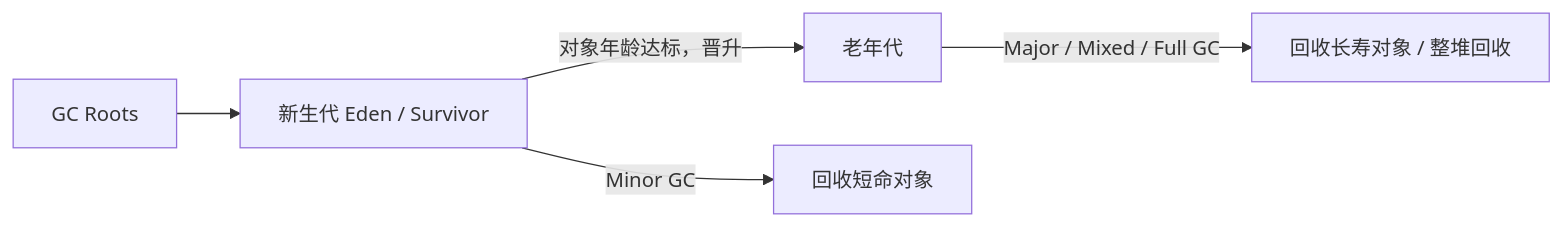
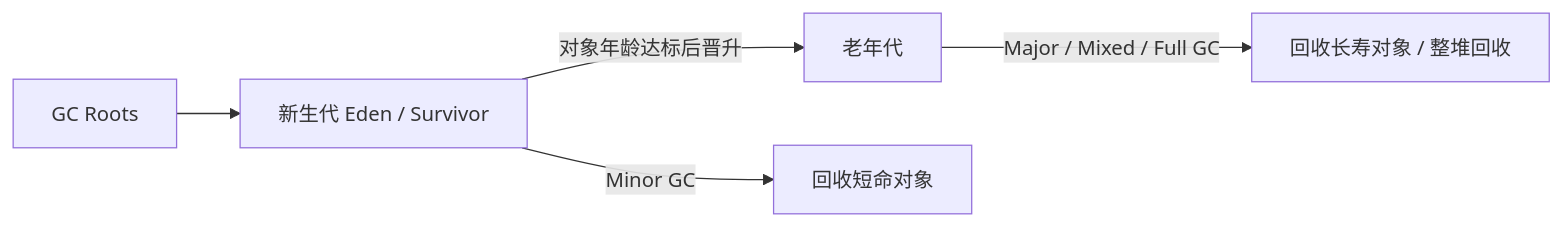
One commit to l552177239/my-note changed the diagram in docs/.vuepress/interview-bank/backend/java/01.4.GC.md. Above: the diagram before and after it, drawn with Mermaid. The commit also changed 5 other files, not shown here.

````diff
--- a/docs/.vuepress/interview-bank/backend/java/01.4.GC.md
+++ b/docs/.vuepress/interview-bank/backend/java/01.4.GC.md
@@ -48,7 +48,7 @@
 ```mermaid
 flowchart LR
   roots["GC Roots"] --> young["新生代 Eden / Survivor"]
-  young -->|对象年龄达标，晋升| old["老年代"]
+  young -->|"对象年龄达标后晋升"| old["老年代"]
   young -->|Minor GC| reclaimY["回收短命对象"]
-  old -->|Major / Mixed / Full GC| reclaimO["回收长寿对象 / 整堆回收"]
+  old -->|"Major / Mixed / Full GC"| reclaimO["回收长寿对象 / 整堆回收"]
 ```
````
